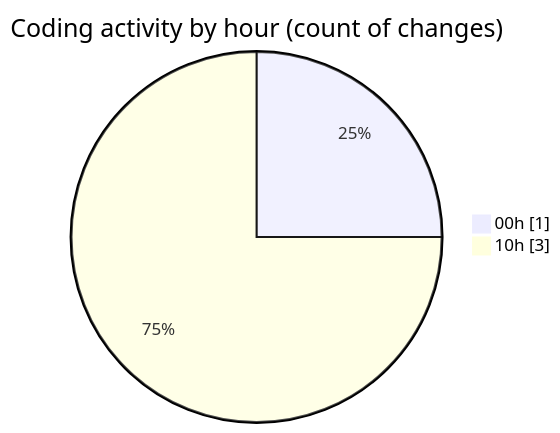
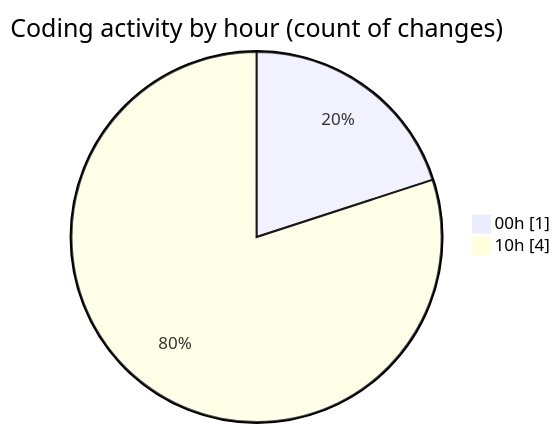
Before and after one commit to JenPaints/code-tracking: the second of 2 diagrams in 2025-07-25/cohera/README.md, drawn with Mermaid. The commit also changed other lines of this file and 1 other file, not shown here.

````diff
--- a/2025-07-25/cohera/README.md
+++ b/2025-07-25/cohera/README.md
@@ -31,6 +32,6 @@
 ```mermaid
 pie showData
 title Coding activity by hour (count of changes)
 "00h" : 1
-"10h" : 3
+"10h" : 4
 ```
````
